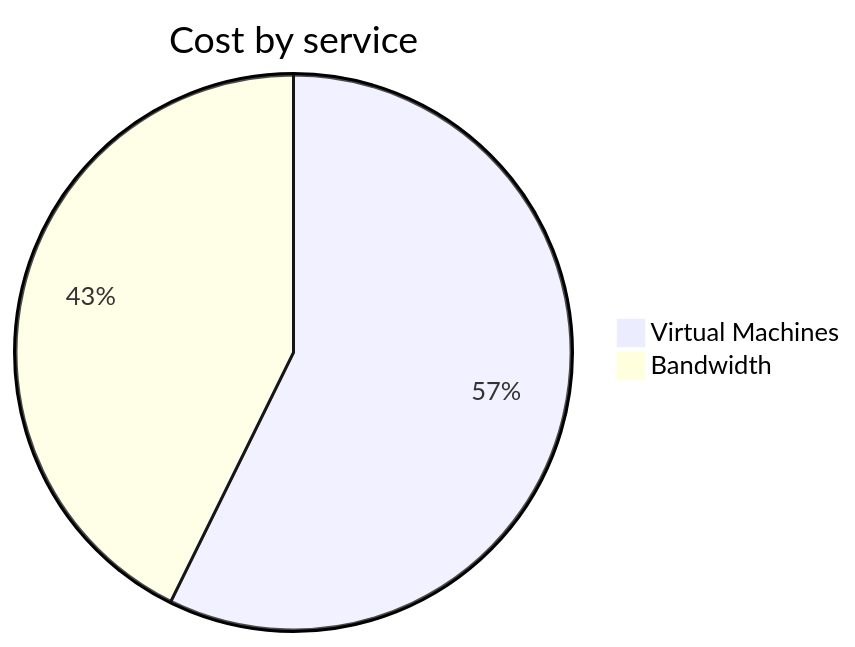
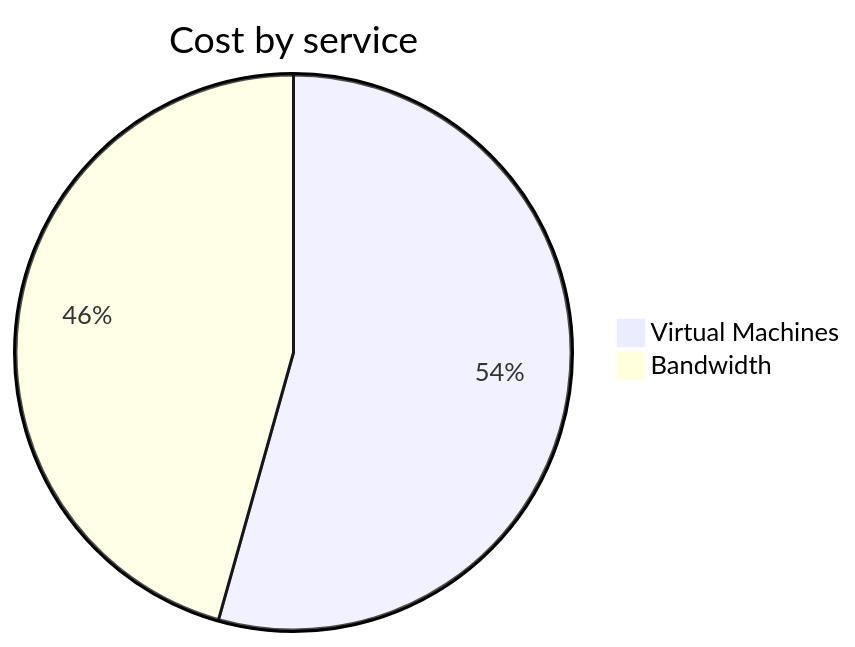
One commit to jpfulton/azure-personal-reports changed the second of 4 diagrams in cost-reports/personal-network/vpn-server.md. Above: the diagram before and after it, drawn with Mermaid. The commit also changed other lines of this file and 8 other files, not shown here.

````diff
--- a/cost-reports/personal-network/vpn-server.md
+++ b/cost-reports/personal-network/vpn-server.md
@@ -96,6 +96,6 @@
 ```mermaid
 pie
    title Cost by service
-   "Virtual Machines" : 5.74
-   "Bandwidth" : 4.28
+   "Virtual Machines" : 5.93
+   "Bandwidth" : 4.98
 ```
````
